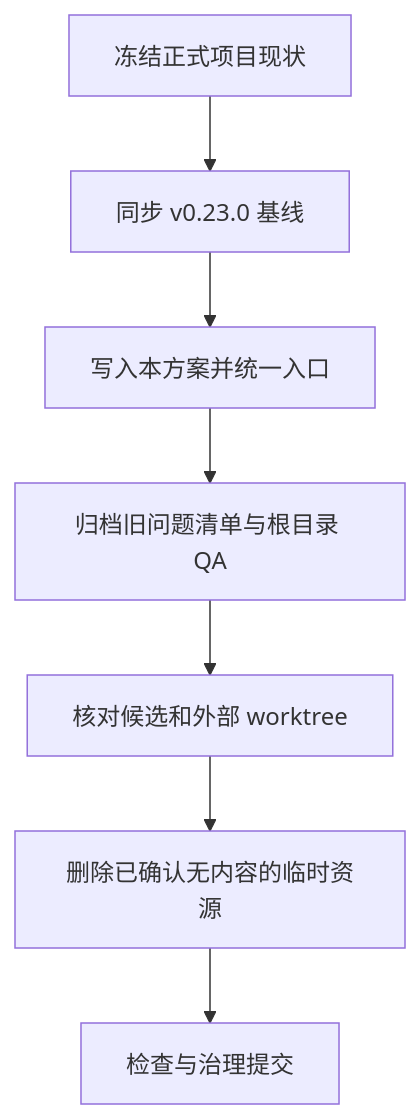
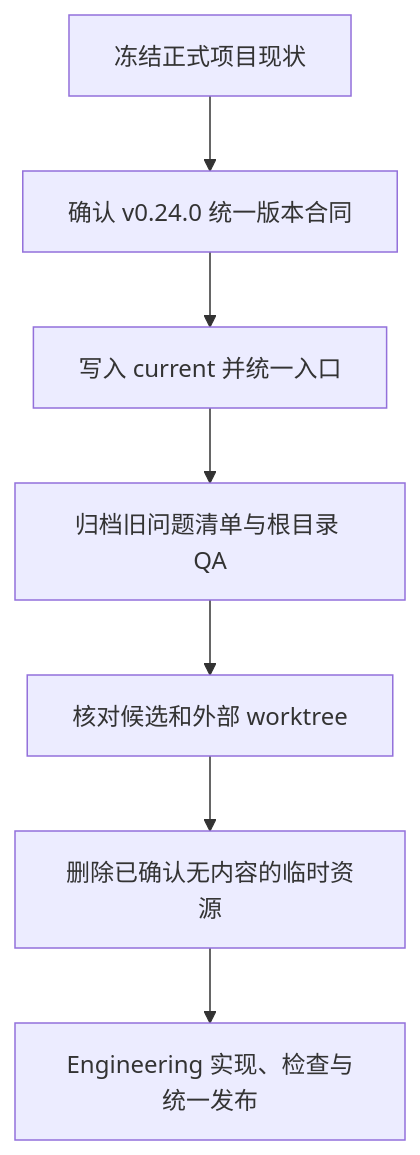
The second of 2 diagrams in docs/design/v0.24.0 项目文件与协作基线治理方案.md (Chizheng4/xingbuild), drawn with Mermaid before and after one commit. The commit also changed other lines of this file and 6 other files, not shown here.

````diff
--- a/docs/design/v0.24.0 项目文件与协作基线治理方案.md
+++ b/docs/design/v0.24.0 项目文件与协作基线治理方案.md
@@ -147,9 +150,9 @@
 ```mermaid
 flowchart TD
-    A[冻结正式项目现状] --> B[同步 v0.23.0 基线]
-    B --> C[写入本方案并统一入口]
+    A[冻结正式项目现状] --> B[确认 v0.24.0 统一版本合同]
+    B --> C[写入 current 并统一入口]
     C --> D[归档旧问题清单与根目录 QA]
     D --> E[核对候选和外部 worktree]
     E --> F[删除已确认无内容的临时资源]
-    F --> G[检查与治理提交]
+    F --> G[Engineering 实现、检查与统一发布]
 ```
````
